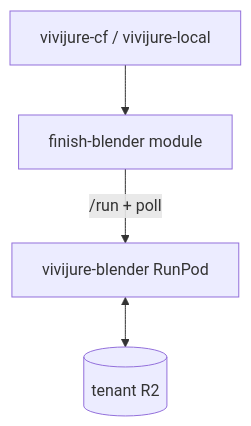
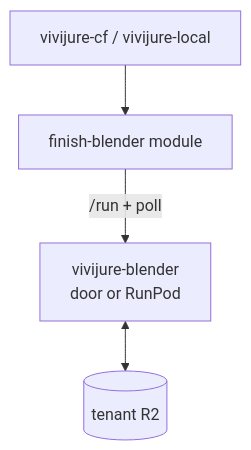
One commit to skyphusion-labs/vivijure-blender changed the diagram in docs/constellation.md. Above: the diagram before and after it, drawn with Mermaid. The commit also changed other lines of this file and 2 other files, not shown here.

First line of the commit message:
docs: say the engine runs on RunPod or as a Cloudflare Container door (docs pass) (#52)

````diff
--- a/docs/constellation.md
+++ b/docs/constellation.md
@@ -6,11 +7,11 @@
 ```mermaid
 flowchart TD
   studio[vivijure-cf / vivijure-local]
   mod[finish-blender module]
-  eng[vivijure-blender RunPod]
+  eng[vivijure-blender<br/>door or RunPod]
   r2[(tenant R2)]
 
   studio --> mod
   mod -->|/run + poll| eng
   eng <--> r2
 ```
````
